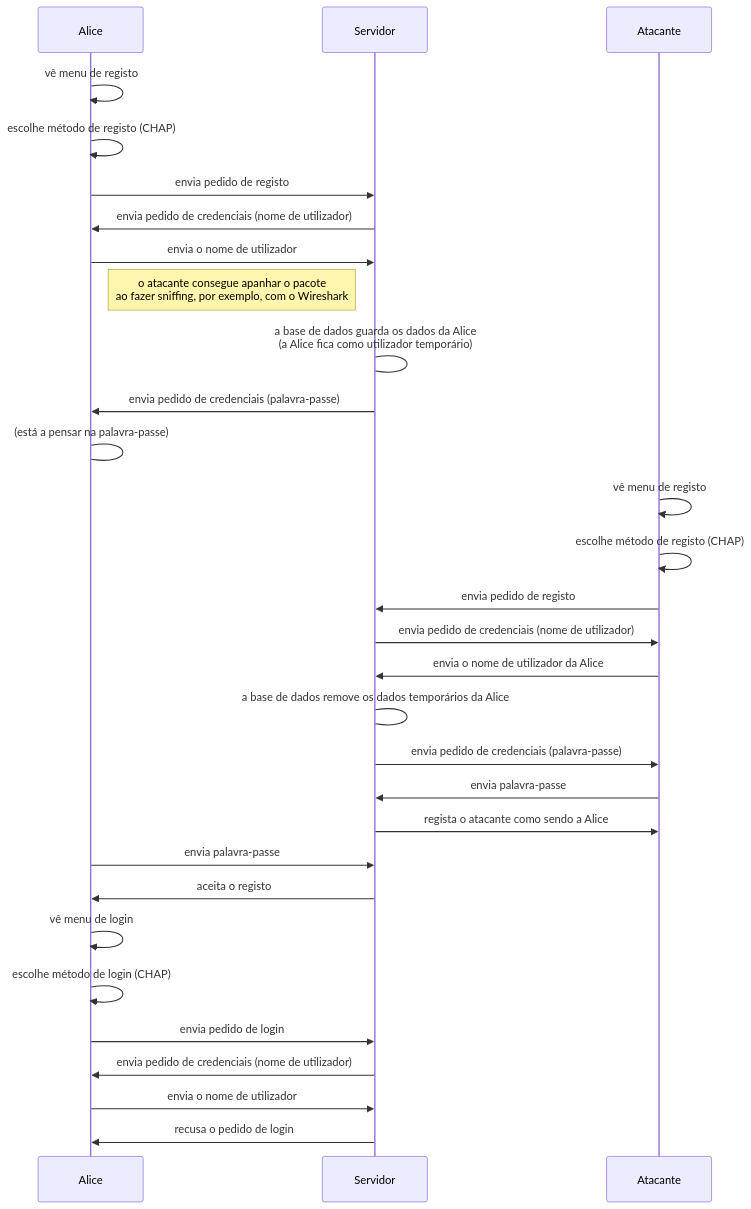
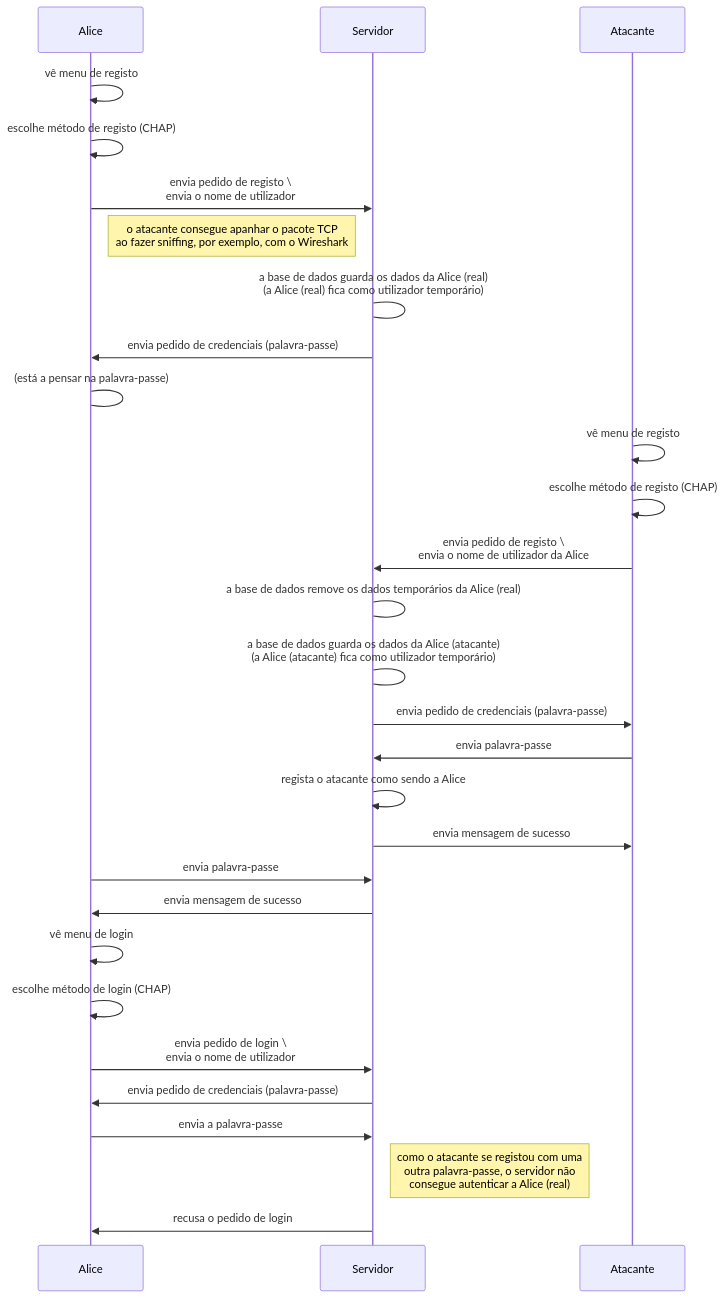
The diagram in modelo-ataque.md (DuarteArribas/ChatBackdoor), drawn with Mermaid before and after one commit. The commit also changed 1 other file, not shown here.

Commit message:
terminar diagramas
- diagramas de sistema - finito
- modelo de ataque - MARAVILHA

````diff
--- a/modelo-ataque.md
+++ b/modelo-ataque.md
@@ -9,35 +9,34 @@
 ```mermaid
 sequenceDiagram
     participant C as Alice
     participant S as Servidor
     participant A as Atacante
 
     C ->> C: vê menu de registo
     C ->> C: escolhe método de registo (CHAP)
-    C ->> S: envia pedido de registo
-    S ->> C: envia pedido de credenciais (nome de utilizador)
-    C ->> S: envia o nome de utilizador
-    note right of C: o atacante consegue apanhar o pacote <br> ao fazer sniffing, por exemplo, com o Wireshark
-    S -> S:  a base de dados guarda os dados da Alice <br> (a Alice fica como utilizador temporário)
+    C ->> S: envia pedido de registo \ <br> envia o nome de utilizador
+    note right of C: o atacante consegue apanhar o pacote TCP <br> ao fazer sniffing, por exemplo, com o Wireshark
+    S -> S:  a base de dados guarda os dados da Alice (real) <br> (a Alice (real) fica como utilizador temporário)
     S ->> C: envia pedido de credenciais (palavra-passe)
     C -> C:  (está a pensar na palavra-passe)
 
     A ->> A: vê menu de registo
     A ->> A: escolhe método de registo (CHAP)
-    A ->> S: envia pedido de registo
-    S ->> A: envia pedido de credenciais (nome de utilizador)
-    A ->> S: envia o nome de utilizador da Alice
-    S -> S:  a base de dados remove os dados temporários da Alice
+    A ->> S: envia pedido de registo \ <br> envia o nome de utilizador da Alice
+    S -> S:  a base de dados remove os dados temporários da Alice (real)
+    S -> S:  a base de dados guarda os dados da Alice (atacante) <br> (a Alice (atacante) fica como utilizador temporário)
     S ->> A: envia pedido de credenciais (palavra-passe)
     A ->> S: envia palavra-passe
-    S ->> A: regista o atacante como sendo a Alice
+    S ->> S: regista o atacante como sendo a Alice
+    S ->> A: envia mensagem de sucesso
 
     C ->> S: envia palavra-passe
-    S ->> C: aceita o registo
+    S ->> C: envia mensagem de sucesso
     C ->> C: vê menu de login
     C ->> C: escolhe método de login (CHAP)
-    C ->> S: envia pedido de login
-    S ->> C: envia pedido de credenciais (nome de utilizador)
-    C ->> S: envia o nome de utilizador
+    C ->> S: envia pedido de login \ <br> envia o nome de utilizador
+    S ->> C: envia pedido de credenciais (palavra-passe)
+    C ->> S: envia a palavra-passe
+    note right of S: como o atacante se registou com uma <br> outra palavra-passe, o servidor não <br> consegue autenticar a Alice (real)
     S ->> C: recusa o pedido de login
 ```
````
